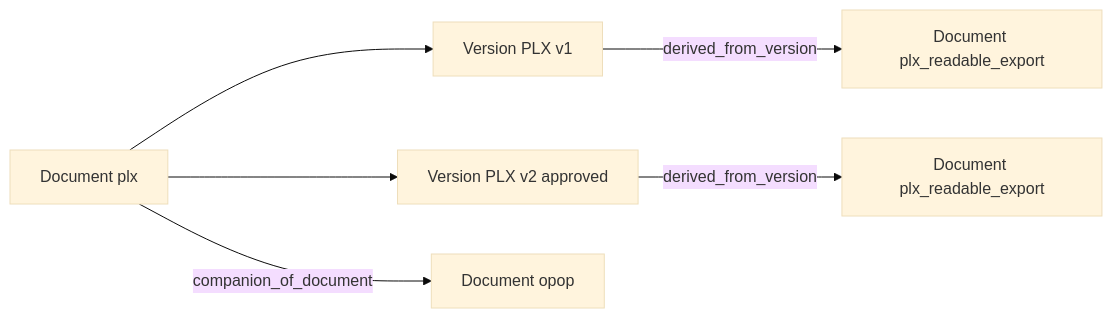
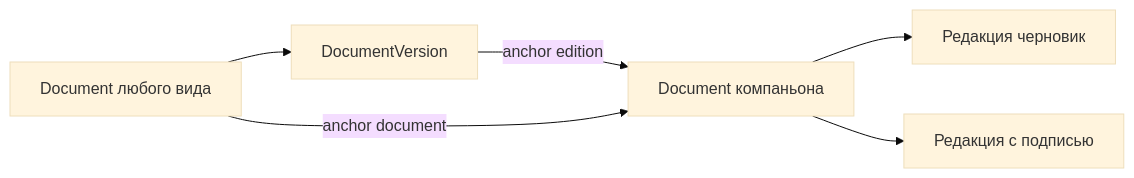
The diagram in docs/architecture-documents-vs-plans.md (levindanil05/Graduate-work), drawn with Mermaid (base theme) before and after one commit. The commit also changed other lines of this file and 26 other files, not shown here.

````diff
--- a/docs/architecture-documents-vs-plans.md
+++ b/docs/architecture-documents-vs-plans.md
@@ -76,15 +71,13 @@
 ```mermaid
 flowchart LR
-  PlxDoc[Document plx]
-  PlxV1[Version PLX v1]
-  PlxV2[Version PLX v2 approved]
-  Xlsx1[Document plx_readable_export]
-  Xlsx2[Document plx_readable_export]
-  Opop[Document opop]
-
-  PlxDoc --> PlxV1
-  PlxDoc --> PlxV2
-  PlxV1 -->|"derived_from_version"| Xlsx1
-  PlxV2 -->|"derived_from_version"| Xlsx2
-  PlxDoc -->|"companion_of_document"| Opop
+  Primary[Document любого вида]
+  Edition[DocumentVersion]
+  Companion[Document компаньона]
+  Draft[Редакция черновик]
+  Signed[Редакция с подписью]
+  Primary --> Edition
+  Edition -->|"anchor edition"| Companion
+  Primary -->|"anchor document"| Companion
+  Companion --> Draft
+  Companion --> Signed
 ```
````
